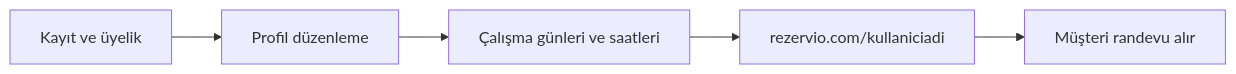
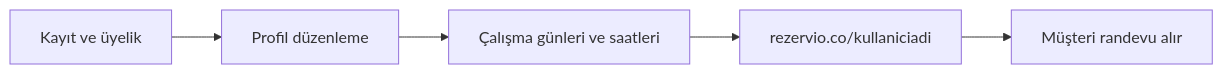
One commit to meaydin09/rezervio-fron changed the diagram in README.md. Above: the diagram before and after it, drawn with Mermaid. The commit also changed other lines of this file and 38 other files, not shown here.

````diff
--- a/README.md
+++ b/README.md
@@ -25,7 +25,7 @@
 ```mermaid
 flowchart LR
   A[Kayıt ve üyelik] --> B[Profil düzenleme]
   B --> C[Çalışma günleri ve saatleri]
-  C --> D["rezervio.com/kullaniciadi"]
+  C --> D["rezervio.co/kullaniciadi"]
   D --> E[Müşteri randevu alır]
 ```
````
